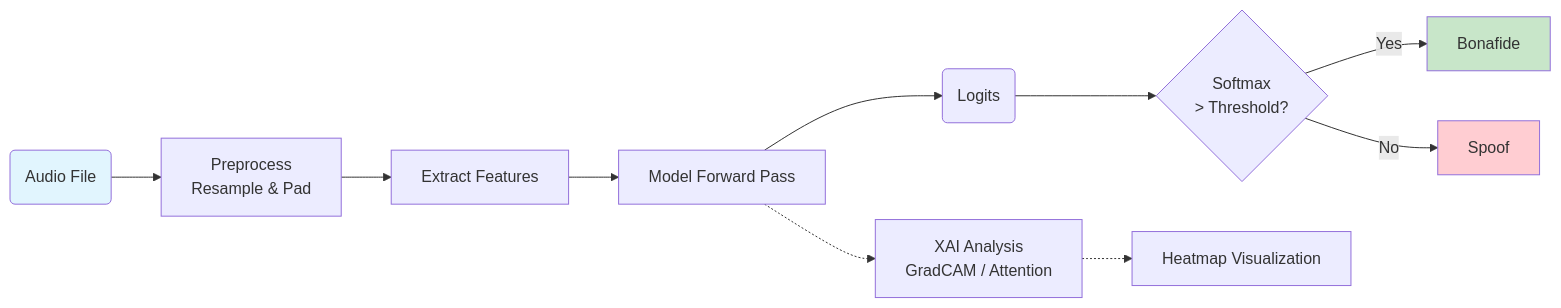
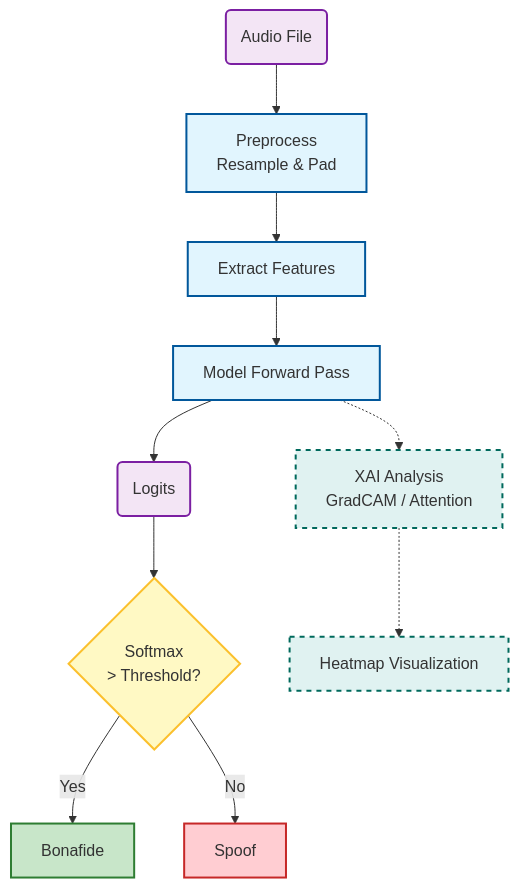
Before and after one commit to gkibria121/ai-voice-detector: the third of 4 diagrams in docs/methodology.md, drawn with Mermaid. The commit also changed other lines of this file and 2 other files, not shown here.

````diff
--- a/docs/methodology.md
+++ b/docs/methodology.md
@@ -82,19 +100,35 @@
 ```mermaid
-flowchart LR
+flowchart TD
     %% Inference Pipeline Flowchart
-    Input(Audio File) --> Prep["Preprocess\nResample & Pad"]
-    Prep --> Feat[Extract Features]
-    Feat --> Model[Model Forward Pass]
-    Model --> Logits(Logits)
-    Logits --> Soft{"Softmax\n> Threshold?"}
+    classDef process fill:#e1f5fe,stroke:#01579b,stroke-width:2px
+    classDef decision fill:#fff9c4,stroke:#fbc02d,stroke-width:2px
+    classDef storage fill:#f3e5f5,stroke:#7b1fa2,stroke-width:2px
+    classDef success fill:#c8e6c9,stroke:#2e7d32,stroke-width:2px
+    classDef warning fill:#ffcdd2,stroke:#c62828,stroke-width:2px
+    classDef xai fill:#e0f2f1,stroke:#00695c,stroke-width:2px,stroke-dasharray: 5 5
     
-    Soft -- Yes --> Real[Bonafide]
-    Soft -- No --> Fake[Spoof]
+    Input(Audio File):::storage
+    Prep["Preprocess<br/>Resample & Pad"]:::process
+    Feat[Extract Features]:::process
+    Model[Model Forward Pass]:::process
+    Logits(Logits):::storage
+    Soft{"Softmax<br/>> Threshold?"}:::decision
     
-    Model -.-> XAI["XAI Analysis\nGradCAM / Attention"]
-    XAI -.-> Vis[Heatmap Visualization]
+    Real[Bonafide]:::success
+    Fake[Spoof]:::warning
     
-    style Input fill:#e1f5fe
-    style Real fill:#c8e6c9
-    style Fake fill:#ffcdd2
+    XAI["XAI Analysis<br/>GradCAM / Attention"]:::xai
+    Vis[Heatmap Visualization]:::xai
+    
+    Input --> Prep
+    Prep --> Feat
+    Feat --> Model
+    Model --> Logits
+    Logits --> Soft
+    
+    Soft -->|Yes| Real
+    Soft -->|No| Fake
+    
+    Model -.-> XAI
+    XAI -.-> Vis
 ```
````
